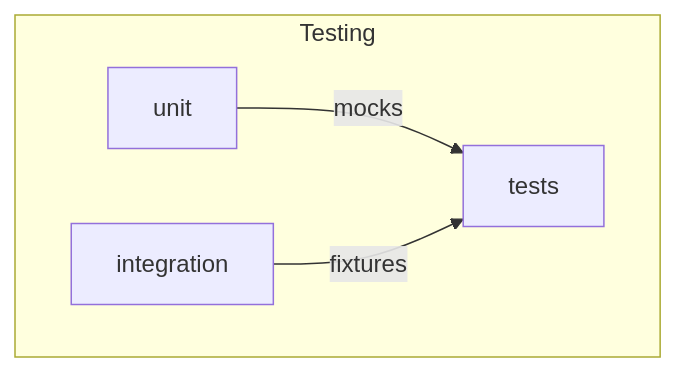
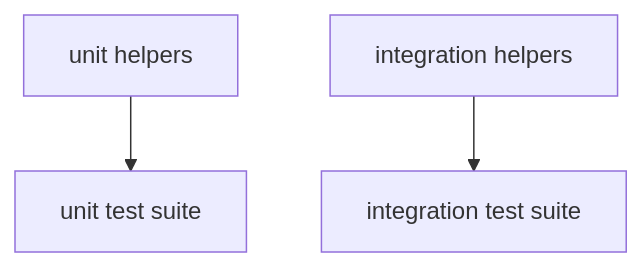
Before and after one commit to Leikaab/apiconfig: the diagram in apiconfig/testing/README.md, drawn with Mermaid. The commit also changed other lines of this file, not shown here.

Commit message:
docs: update testing readme

````diff
--- a/apiconfig/testing/README.md
+++ b/apiconfig/testing/README.md
@@ -66,7 +66,5 @@
 ```mermaid
     flowchart TD
-        subgraph Testing
-            U[unit] -- mocks --> T[tests]
-            I[integration] -- fixtures --> T
-        end
+        U["unit helpers"] --> UT["unit test suite"]
+        I["integration helpers"] --> IT["integration test suite"]
 ```
````
